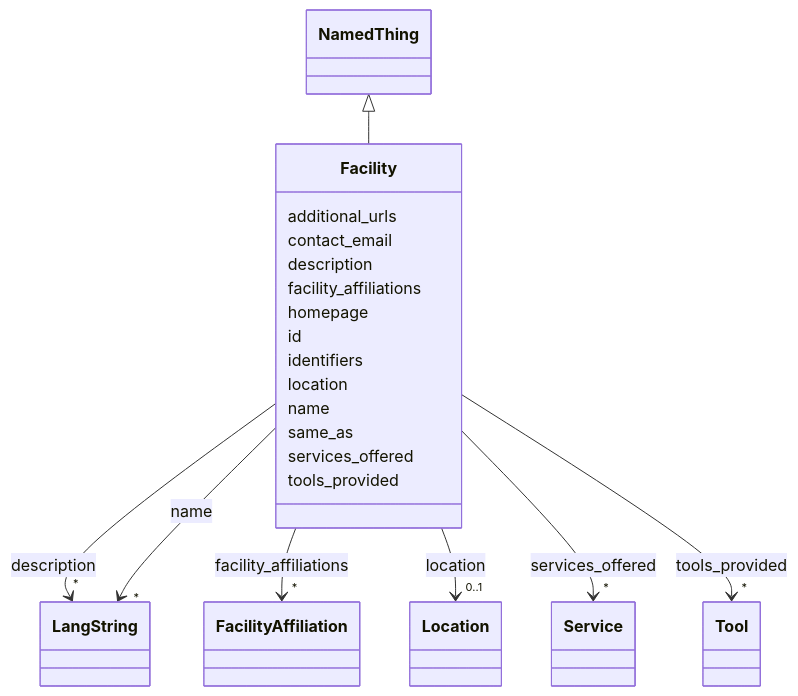
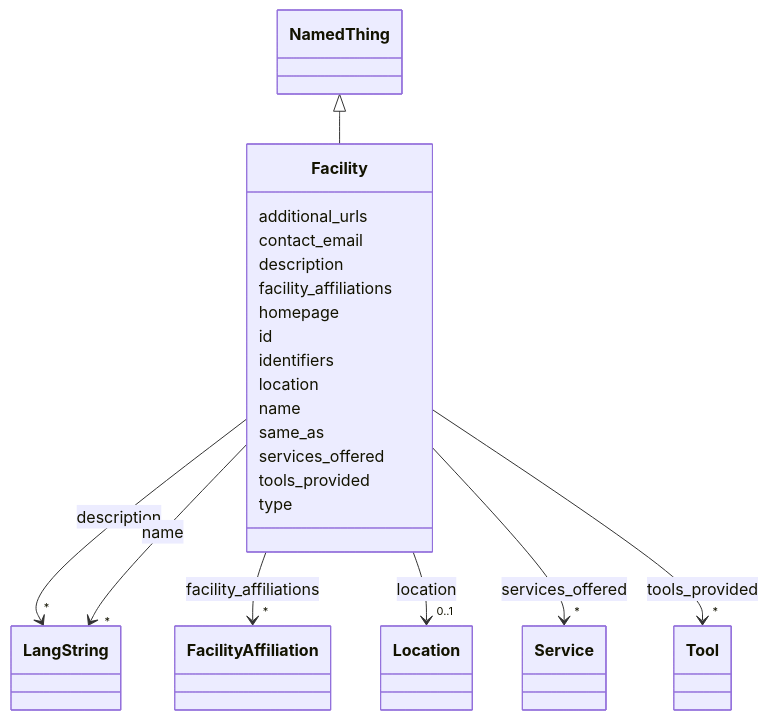
Before and after one commit to DARIAH-IL/idhi-manifests: the diagram in docs/classes/Facility.md, drawn with Mermaid. The commit also changed other lines of this file and 26 other files, not shown here.

````diff
--- a/docs/classes/Facility.md
+++ b/docs/classes/Facility.md
@@ -105,5 +105,7 @@
     
 
         
+      Facility : type
+        
       
 ```
````
